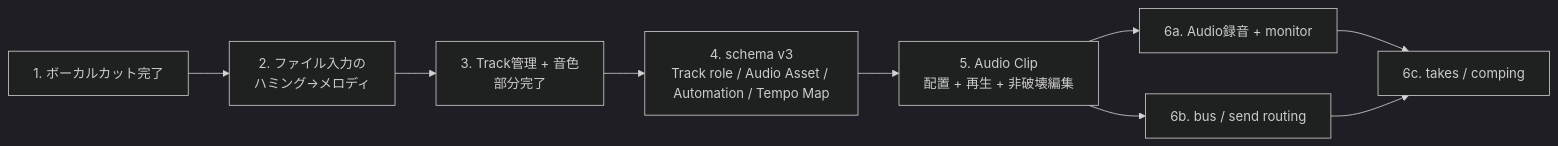
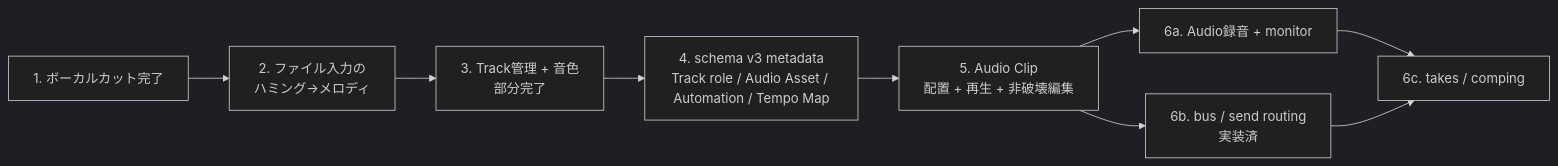
One commit to machaniconico/compose-tutor-studio changed the diagram in docs/13_pro_daw_gap_matrix.md. Above: the diagram before and after it, drawn with Mermaid (dark theme). The commit also changed other lines of this file and 76 other files, not shown here.

Commit message:
feat: add stereo bus and send routing

````diff
--- a/docs/13_pro_daw_gap_matrix.md
+++ b/docs/13_pro_daw_gap_matrix.md
@@ -83,11 +83,11 @@
 ```mermaid
 flowchart LR
   B1[1. ボーカルカット完了] --> B2[2. ファイル入力の<br/>ハミング→メロディ]
   B2 --> B3[3. Track管理 + 音色<br/>部分完了]
-  B3 --> B4[4. schema v3<br/>Track role / Audio Asset / Automation / Tempo Map]
+  B3 --> B4[4. schema v3 metadata<br/>Track role / Audio Asset / Automation / Tempo Map]
   B4 --> B5[5. Audio Clip<br/>配置 + 再生 + 非破壊編集]
   B5 --> B6A[6a. Audio録音 + monitor]
-  B5 --> B6B[6b. bus / send routing]
+  B5 --> B6B[6b. bus / send routing<br/>実装済]
   B6A --> B6C[6c. takes / comping]
   B6B --> B6C
 ```
````
